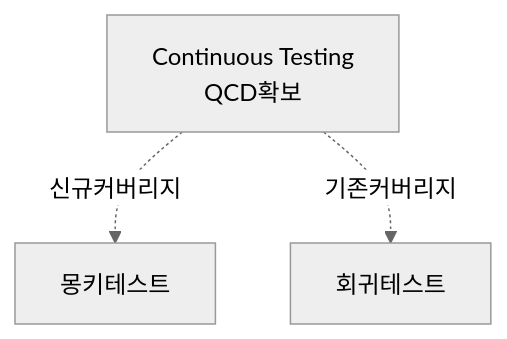
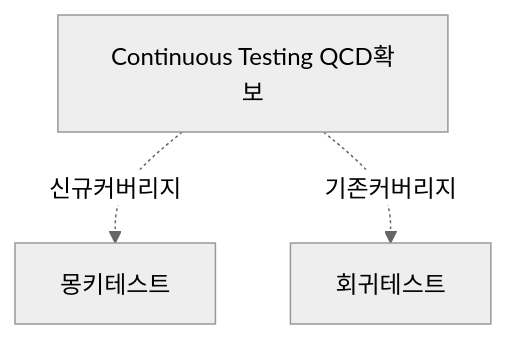
One commit to gracefullight/gracefullight.github.io changed the first of 3 diagrams in blog/pe/engineering/monkey-vs-regression-test.md. Above: the diagram before and after it, drawn with Mermaid (neutral theme). The commit also changed other lines of this file and 2 other files, not shown here.

````diff
--- a/blog/pe/engineering/monkey-vs-regression-test.md
+++ b/blog/pe/engineering/monkey-vs-regression-test.md
@@ -15,10 +17,9 @@
 ```mermaid
 graph TB;
     M[몽키테스트]
-    CT["`Continuous Testing
-    QCD확보`"]
+    CT["Continuous Testing QCD확보"]
     R[회귀테스트]
-
+ 
     CT-.신규커버리지.->M
     CT-.기존커버리지.->R
 ```
````
